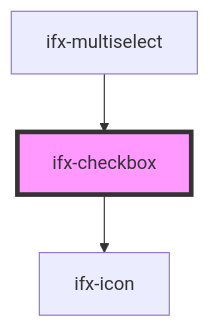
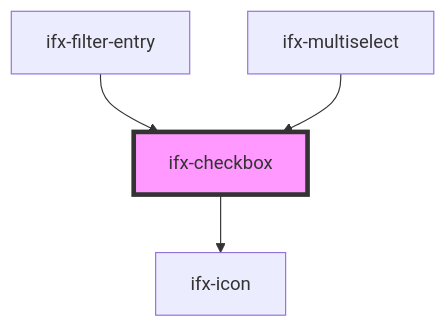
One commit to Infineon/infineon-design-system-stencil changed the diagram in packages/components/src/components/checkbox/readme.md. Above: the diagram before and after it, drawn with Mermaid. The commit also changed other lines of this file and 11 other files, not shown here.

````diff
--- a/packages/components/src/components/checkbox/readme.md
+++ b/packages/components/src/components/checkbox/readme.md
@@ -38,6 +39,7 @@
 ```mermaid
 graph TD;
   ifx-checkbox --> ifx-icon
+  ifx-filter-entry --> ifx-checkbox
   ifx-multiselect --> ifx-checkbox
   style ifx-checkbox fill:#f9f,stroke:#333,stroke-width:4px
 ```
````
